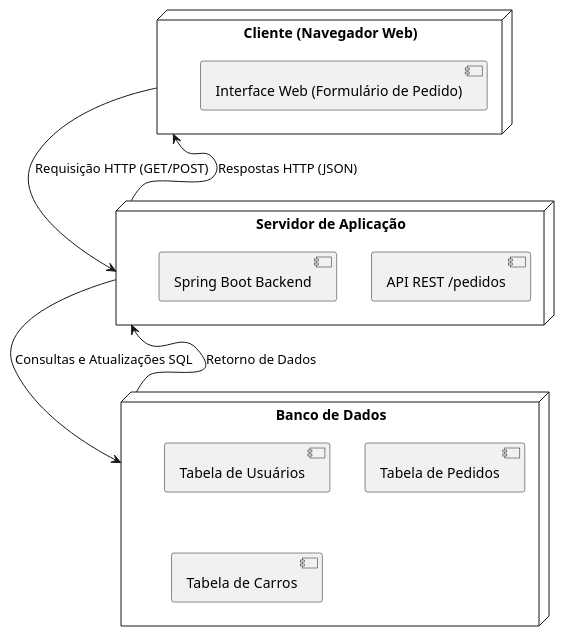
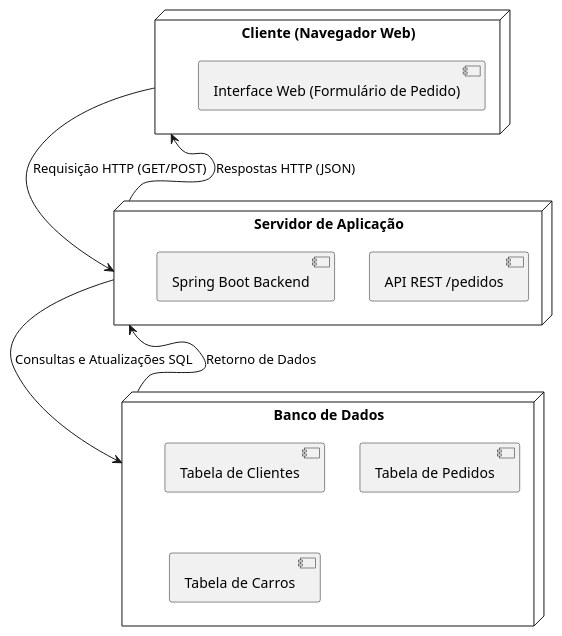
The diagram in projeto/Diagramas/diagrama-de-implantação.puml (diascw/sistema-aluguel-de-carros), drawn with PlantUML before and after one commit.

```diff
--- a/projeto/Diagramas/diagrama-de-implantação.puml
+++ b/projeto/Diagramas/diagrama-de-implantação.puml
@@ -1,21 +1,21 @@
 @startuml
 node "Cliente (Navegador Web)" as Client {
     [Interface Web (Formulário de Pedido)]
 }
 
 node "Servidor de Aplicação" as Server {
     [API REST /pedidos]
     [Spring Boot Backend]
 }
 
 node "Banco de Dados" as DB {
-    [Tabela de Usuários]
+    [Tabela de Clientes]
     [Tabela de Pedidos]
     [Tabela de Carros]
 }
 
 Client --> Server: Requisição HTTP (GET/POST)
 Server --> DB: Consultas e Atualizações SQL
 DB --> Server: Retorno de Dados
 Server --> Client: Respostas HTTP (JSON)
 @enduml
```
